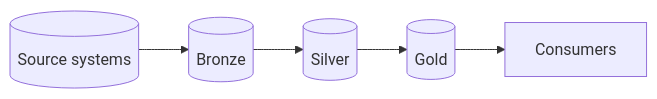
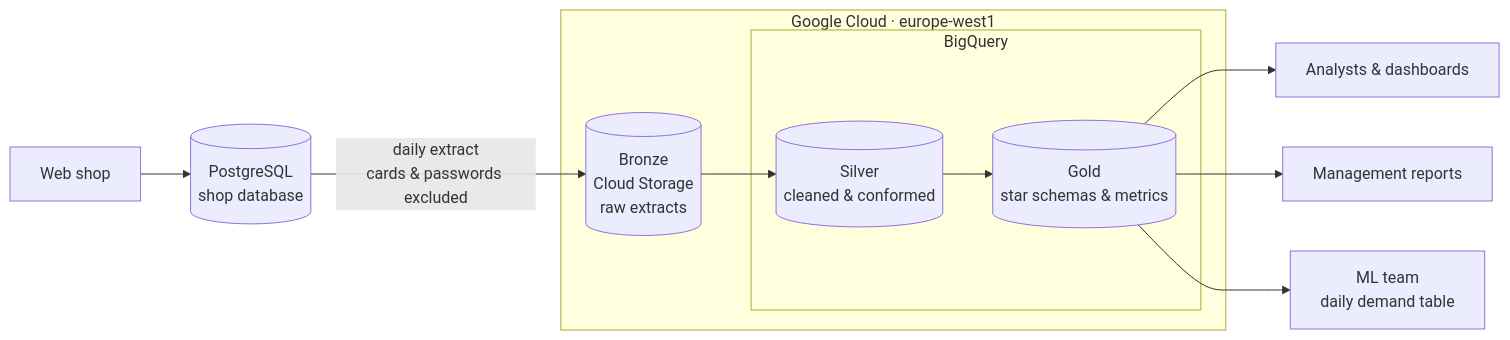
Before and after one commit to lucasduthu/Group-3-Data-Eng-CLoud-Infra: the diagram in docs/architecture.md, drawn with Mermaid. The commit also changed other lines of this file and 1 other file, not shown here.

````diff
--- a/docs/architecture.md
+++ b/docs/architecture.md
@@ -14,7 +19,19 @@
 ```mermaid
 flowchart LR
-  sources[(Source systems)] --> bronze[(Bronze)]
-  bronze --> silver[(Silver)]
-  silver --> gold[(Gold)]
-  gold --> consumers[Consumers]
+  shop[Web shop] --> pg[(PostgreSQL<br/>shop database)]
+
+  pg -- "daily extract<br/>cards & passwords excluded" --> bronze
+
+  subgraph gcp[Google Cloud · europe-west1]
+    bronze[(Bronze<br/>Cloud Storage<br/>raw extracts)]
+    subgraph bq[BigQuery]
+      silver[(Silver<br/>cleaned & conformed)]
+      gold[(Gold<br/>star schemas & metrics)]
+    end
+    bronze --> silver --> gold
+  end
+
+  gold --> bi[Analysts & dashboards]
+  gold --> mgmt[Management reports]
+  gold --> ml[ML team<br/>daily demand table]
 ```
````
